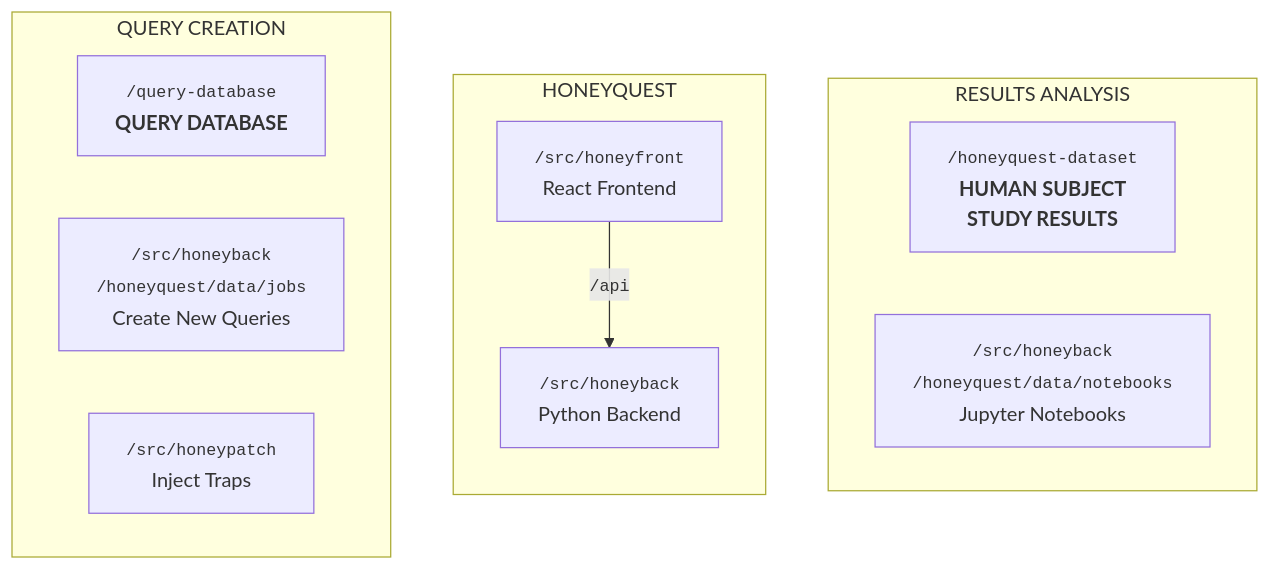
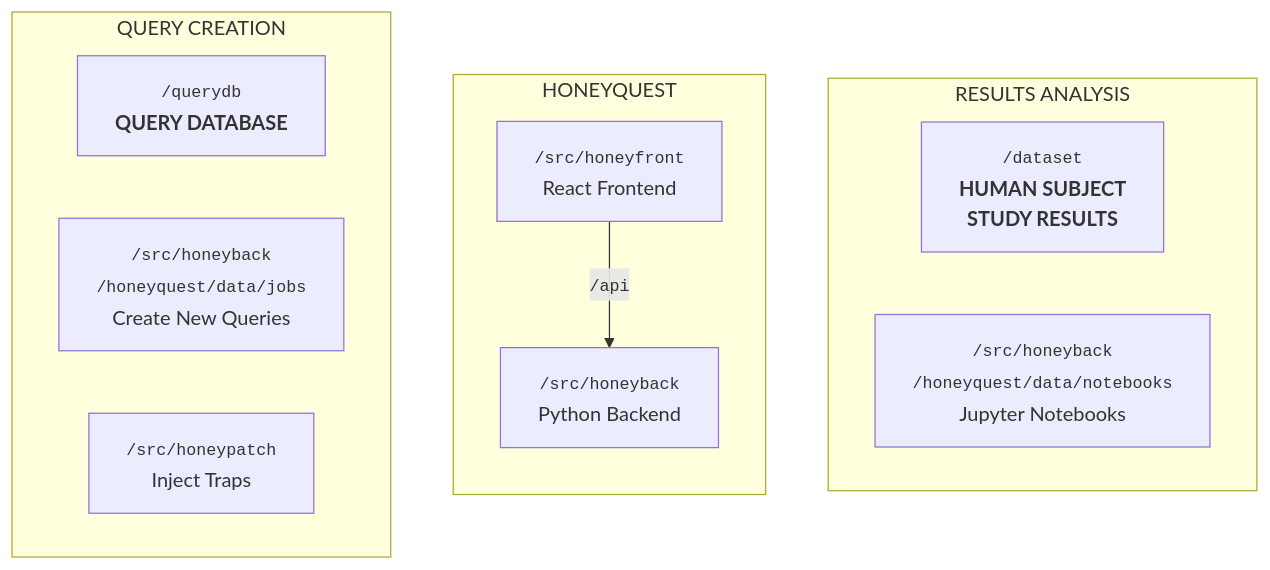
The diagram in README.md (dynatrace-oss/honeyquest), drawn with Mermaid before and after one commit. The commit also changed other lines of this file and 105 other files, not shown here.

````diff
--- a/README.md
+++ b/README.md
@@ -59,20 +59,20 @@
 ```mermaid
 graph TB;
   subgraph RESULTS ANALYSIS
-    dataset["<tt><small>/honeyquest-dataset</small></tt>\n<strong>HUMAN SUBJECT</strong>\n<strong>STUDY RESULTS</strong>"]
+    dataset["<tt><small>/dataset</small></tt>\n<strong>HUMAN SUBJECT</strong>\n<strong>STUDY RESULTS</strong>"]
     notebooks["<tt><small>/src/honeyback</small></tt>\n<tt><small>/honeyquest/data/notebooks</small></tt>\nJupyter Notebooks"]
   end
 
   subgraph "HONEYQUEST"
     direction TB
     frontend["<tt><small>/src/honeyfront</small></tt>\nReact Frontend"]
     backend["<tt><small>/src/honeyback</small></tt>\nPython Backend"]
     frontend -->|<tt><small>/api</small></tt>| backend;
   end
 
   subgraph QUERY CREATION
-    queries["<tt><small>/query-database</small></tt>\n<strong>QUERY DATABASE</strong>"]
+    queries["<tt><small>/querydb</small></tt>\n<strong>QUERY DATABASE</strong>"]
     dagster["<tt><small>/src/honeyback</small></tt>\n<tt><small>/honeyquest/data/jobs</small></tt>\nCreate New Queries"]
     honeypatch["<tt><small>/src/honeypatch</small></tt>\nInject Traps"]
   end
 ```
````
